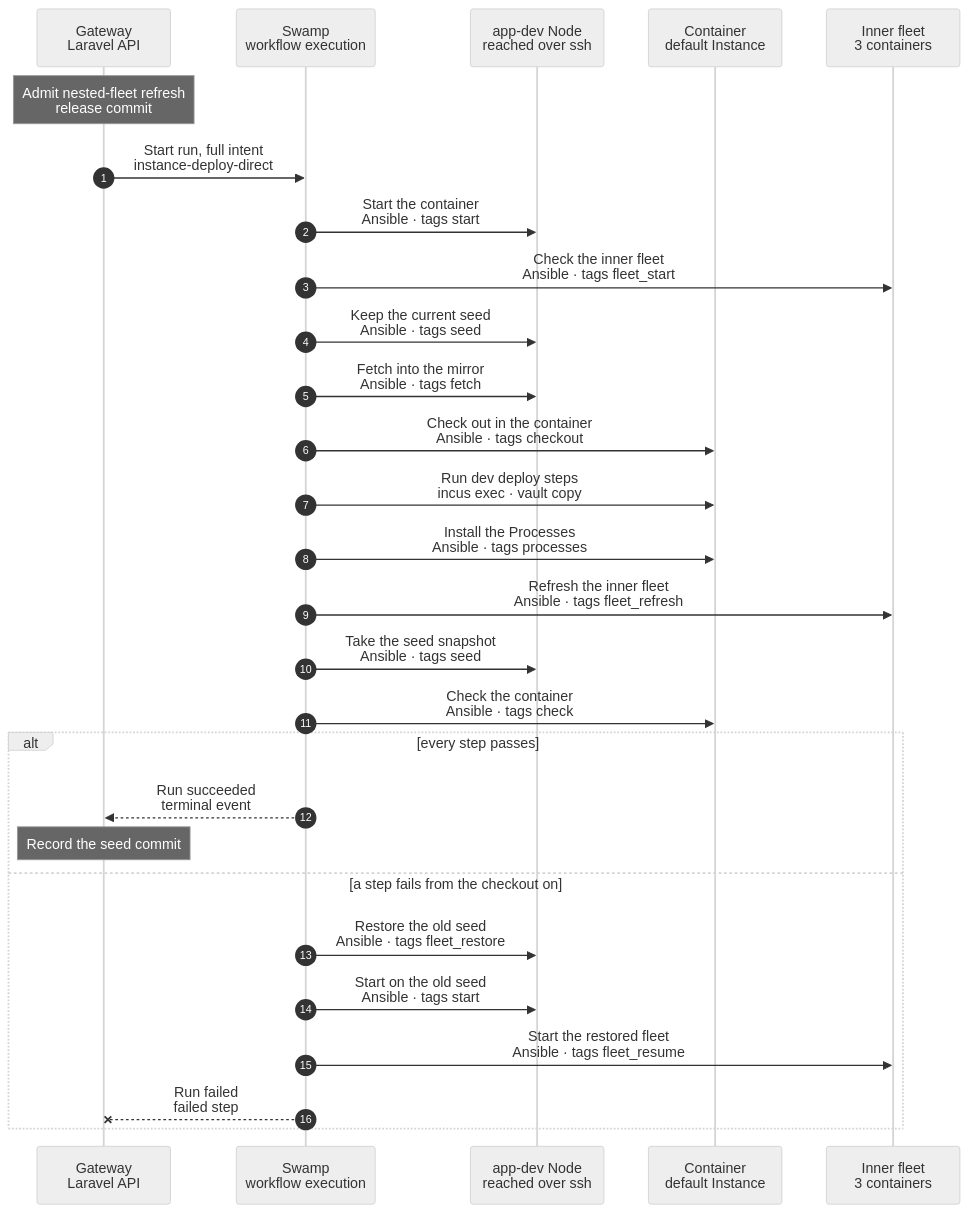
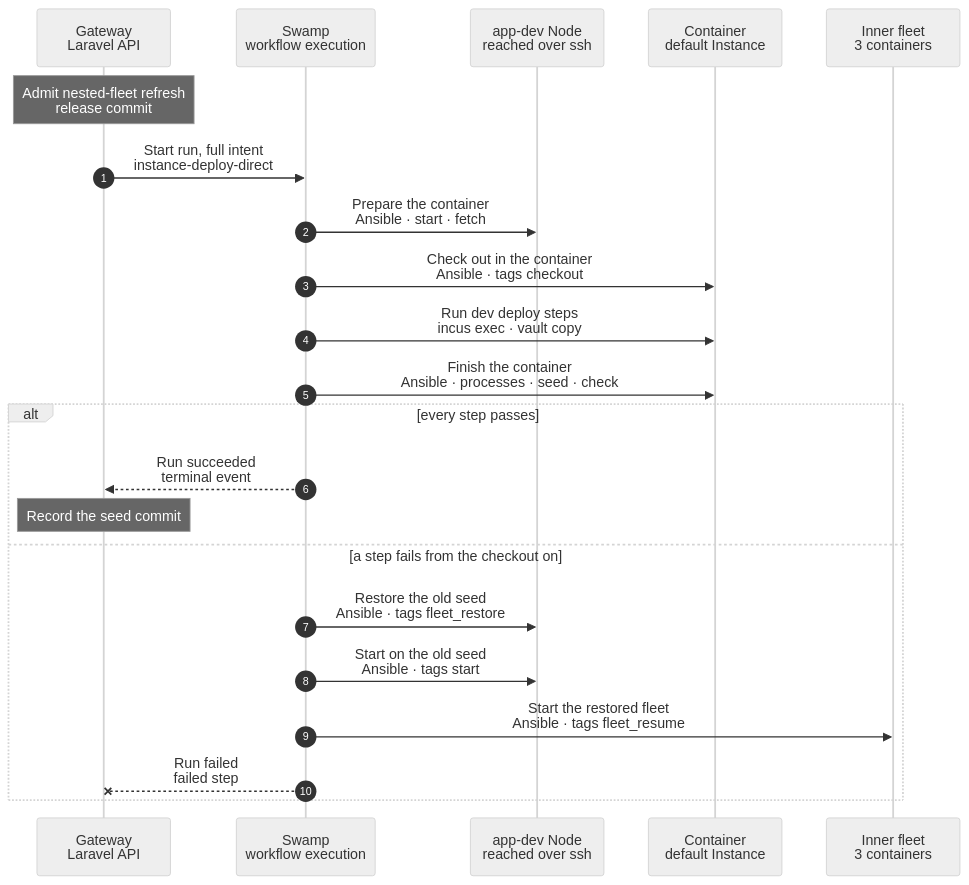
Before and after one commit to hardimpactdev/orbit: the diagram in docs/cli/instance/container/fleet-refresh.mmd, drawn with Mermaid (neutral theme). The commit also changed 4 other files, not shown here.

First line of the commit message:
docs(instances): merge the container deploy phases into two steps

```diff
--- a/docs/cli/instance/container/fleet-refresh.mmd
+++ b/docs/cli/instance/container/fleet-refresh.mmd
@@ -30,12 +30,18 @@
   %%> What it does:
   %%> - the intent carries `fleet` (NestedFleetIntent): the fleet's names, the operator, the checkout path and the egress proxy
   %%> - the run budget grows by the fleet steps' bounds
-  SW->>N: Start the container<br/>Ansible · tags start
+  SW->>N: Prepare the container<br/>Ansible · start · fetch
   %%> What it does:
+  %%> - one play runs the phases `start`, `fleet_start` (with `fleet_room_check`), `seed` and `fetch`, in this order; a normal default runs only `start` and `fetch`
+  %%> Why one step:
+  %%> - none of these phases changes the workspace, so a failure in any of them restores nothing: they share their failure handling
+  %%> - each Ansible step costs about 2.5 s to start its play: one step instead of four saves about 7.5 s of every refresh
+  %%> On failure:
+  %%> - the code and the detail name the failed phase, such as `instance.container_fleet_start_failed`, or the code is the phase's own refusal; nothing is restored
+  %%> Phase start:
   %%> - the one start of a container; the Club key is delivered there, outside the container's disk
   %%> - grows the default's root disk to the intent's size (`ORBIT_INSTANCES_NESTED_DEFAULT_ROOT_SIZE`) before the start guard, online; never shrinks it
-  SW->>F: Check the inner fleet<br/>Ansible · tags fleet_start
-  %%> What it does:
+  %%> Phase fleet_start:
   %%> - first reads the room on the nested Nodes' disk (`df` in the container of `/`, or of the inner volume's mount when the default has one: where the nested Nodes' `/` lies): the inner Doctor wants at least 2 GiB and 10% of it free (`node.disk_low`), and a refresh writes up to 2 GiB more (checkout, installs, the nested Gateway's records, and a `base` retake); it refuses `instance.container_fleet_no_room` when the free space minus 2 GiB is under that floor, and the detail names the size, the free space, the floor and the need
   %%> - the one fleet check of the run: waits for the inner Incus, compares the three nested containers with the fleet rules, starts a nested container that is stopped, links the Club key and brings up `wg-nested` with `ip` and `wg`
   %%> - checks only what a start can promise: the three containers run and the tunnel reaches the hub; no Doctor wait
@@ -43,30 +49,39 @@
   %%> - reads no fleet file: every file rule is owned and never refuses; the refresh reads the files when they matter
   %%> - refuses `instance.container_fleet_drift` when a rule Orbit does not write differs (`raw.idmap`), or a nested container or the inner bridge cannot be read; the Operation's result `fleet_drift` names each difference
   %%> - an owned rule that differs passes: the refresh writes it
-  %%> Why:
+  %%> fleet_start · why:
   %%> - the fleet keeps running between releases, so the run checks it once, before it changes anything; a refusal or a failed start restores no seed
   %%> - a refresh that cannot end above the inner Doctor's floor would fail only at its last readiness wait, after minutes of work and a restore: refresh 21617 did that on `node.disk_low`
   %%> - nothing in the run stops the fleet before the refresh, so no second start follows the checkout
   %%> - it takes the hub's key only when it is a WireGuard key: just after a boot, `wg` prints `(none)` with exit 0 until `wg-quick` has set the key
-  %%> On failure:
+  %%> fleet_start · on failure:
   %%> - no key within 60 s: the step says the nested Gateway's WireGuard key was not ready, and sets no peer
-  SW->>N: Keep the current seed<br/>Ansible · tags seed
-  %%> What it does:
+  %%> Phase seed:
   %%> - retakes `seed-COMMIT` of the default as it is, fleet included, before the run changes anything
   %%> - takes the new snapshot first, as `next-COMMIT` beside the old `seed-COMMIT`; only then does the old one go and the new one take its name (docs/reference/development-containers.md#a-retake-keeps-the-seed)
   %%> - refuses `instance.fleet_key_on_disk` first when the Club key path is a file on the container's disk; the key is never read
-  %%> On failure:
+  %%> seed · on failure:
   %%> - a snapshot Incus cannot take, such as one with no free isolated ID range: `instance.container_seed_failed`, and the error detail names why; the old seed stays, nothing else changed, and the run fails with no restore
-  %%> Why:
+  %%> seed · why:
   %%> - a failed refresh then restores a seed that holds the fleet, never one from before it
-  SW->>N: Fetch into the mirror<br/>Ansible · tags fetch
+  %%> Phase fetch:
+  %%> - fetches into the Node's mirror and pushes the branch into the container as a bundle; a pinned commit off the branch's first-parent chain refuses `deployment.commit_not_on_branch`
   SW->>C: Check out in the container<br/>Ansible · tags checkout
   %%> What it does:
   %%> - checks out the release commit in `/srv/workspace`; the nested Gateway and app-dev see it through their `checkout` device
   SW->>C: Run dev deploy steps<br/>incus exec · vault copy
-  SW->>C: Install the Processes<br/>Ansible · tags processes
-  SW->>F: Refresh the inner fleet<br/>Ansible · tags fleet_refresh
+  SW->>C: Finish the container<br/>Ansible · processes · seed · check
   %%> What it does:
+  %%> - one play runs the phases `processes`, `fleet_refresh`, `seed` and `check`, in this order; a normal default runs `processes`, `seed` and `check`
+  %%> - the handlers a phase notifies run before the next phase starts, as with separate plays
+  %%> Why one step:
+  %%> - every one of these phases runs after the checkout, so a failure in any of them restores the old seed: they share their failure handling
+  %%> - each Ansible step costs about 2.5 s to start its play: one step instead of four saves about 7.5 s of every refresh
+  %%> On failure:
+  %%> - the code and the detail name the failed phase, such as `instance.container_fleet_refresh_failed`, or the code is the phase's own refusal; the run restores the old seed
+  %%> Phase processes:
+  %%> - installs the new and changed Process units and waits for each running unit
+  %%> Phase fleet_refresh:
   %%> - reads the refresh record in the container (`/var/lib/orbit/fleet-refresh.json`) and the digest `code` of the checkout: `apps/gateway`, which holds the migrations and the Composer lock of packages that ship migrations, and `apps/agent/contract`, which it reads
   %%> - after the migrate, makes the digest `converge` from what a base converge reads: the `swamp` files that `swamp/ansible/fleet-converge-inputs.json` lists, the nested Gateway's digest of each Node's base intent (`orbit:node-converge-digest`, which admits and writes nothing) and the fleet intent
   %%> - a part runs when its digest differs from the record; a missing record, or one it cannot read, makes every part run, and an unreadable record adds a warning
@@ -91,7 +106,7 @@
   %%> - removes the record before its first write to a nested disk and writes it again last, so a run that stops in the middle leaves none, and the next run does every part and retakes `base` of all three
   %%> - the result names each part, ran or skipped, why the converge ran or was skipped, the tasks the converges changed, what it did with the tokens and why (`tokens`, `tokens_reason`), what it did with the shape tools and why (`tools`, `tools_reason`), `base` retaken or kept and for which containers, and the seconds of each part
   %%> - every API call goes from the container over `wg-nested`, never through the container's egress proxy; a failed Doctor wait names the last status and every issue of the last body (code, Node and summary, each bounded), or curl's error
-  %%> Why:
+  %%> fleet_refresh · why:
   %%> - most releases change nothing the nested Nodes hold: stopping the fleet and copying `base` three times cost about 3 minutes, and three base converges that change nothing about 87 s
   %%> - a file list cannot follow the Gateway code that builds a base intent, so the nested Gateway hashes the intent itself; the `swamp` list has a cover test
   %%> - the nested Gateway's Swamp tokens live 30 days, and a fleet lives longer: the refresh keeps them young, so no copy stops with expired tokens; an older fleet with only workers a and b gets worker c first, because the remint renews all three
@@ -101,11 +116,10 @@
   %%> - the set stays consistent: the nested Gateway's database holds the schema and records each converge, so its `base` is retaken with any other
   %%> - a snapshot of a running container on a directory pool is a file copy, not a consistent state, so `base` is taken with the fleet stopped
   %%> - the proof runner in a copy needs the pinned Ansible controller, and the default is never rebuilt from a new image: the seed after this step gives every copy the tools of its own commit, so no copy builds them or needs `python3-venv`
-  %%> On failure:
+  %%> fleet_refresh · on failure:
   %%> - the start after `base` fails: the refresh fails, and the run restores the old seed; the new `base` snapshots are inside the container's disk, so the restore takes them back too; the default then runs on the old seed's commit and fleet; existing copies are clones of older seeds and stay as they are; new copies clone the restored seed until the next release
   %%> - a failed tools install does not fail the refresh: the result says `tools: failed` with the step in `tools_reason`, the log shows the end of its error output, and the seed is taken without ready tools (the venv's `.complete` is written last); a proof in such a copy builds the tools in its own cache, and when that fails its fleet preparation fails with the line that names the missing pinned folder
-  SW->>N: Take the seed snapshot<br/>Ansible · tags seed
-  %%> What it does:
+  %%> Phase seed:
   %%> - refuses `instance.fleet_key_on_disk` when the Club key path is a file on the container's disk; the key is never read
   %%> - stops the Processes, snapshots `seed-COMMIT` again even at the same commit, starts them, deletes the older seeds
   %%> - at the same commit the new snapshot is `next-COMMIT` until it exists; then the old `seed-COMMIT` goes and the new one takes its name: never `--reuse`, which deletes first
@@ -114,7 +128,8 @@
   %%> - a failed half or flush deletes only the new halves and fails `instance.container_seed_failed`, `instance.seed_volume_flush_failed` or `instance.seed_volume_snapshot_failed` with the cause in the detail; the old seed stays
   %%> - the inner fleet runs during the snapshot, also after a retaken `base`: on the directory pool the inner pool lies on the container's disk, so the seed is one point in time of the whole fleet, as after a power cut; on an inner volume the two halves are taken one after the other, apart by the flush: seconds at most under load
   %%> - the seed holds the refresh record of the fleet it holds
-  SW->>C: Check the container<br/>Ansible · tags check
+  %%> Phase check:
+  %%> - the branch is at the release commit and the units are active
   alt every step passes
     SW-->>GW: Run succeeded<br/>terminal event
     Note over GW: Record the seed commit
@@ -123,7 +138,7 @@
   else a step fails from the checkout on
     SW->>N: Restore the old seed<br/>Ansible · tags fleet_restore
     %%> What it does:
-    %%> - stops the container and restores its newest seed by creation time: the one "Keep the current seed" took, or a newer one
+    %%> - stops the container and restores its newest seed by creation time: the one the `seed` phase of "Prepare the container" took, or a newer one
     %%> - a default with an inner volume restores the volume to its snapshot of the same name too; a failed volume restore fails the run with the container already restored
     %%> - refuses `instance.fleet_seed_missing` when no seed is left, or when the inner volume lacks the seed's half; both are checked before anything is restored
     SW->>N: Start on the old seed<br/>Ansible · tags start
```
